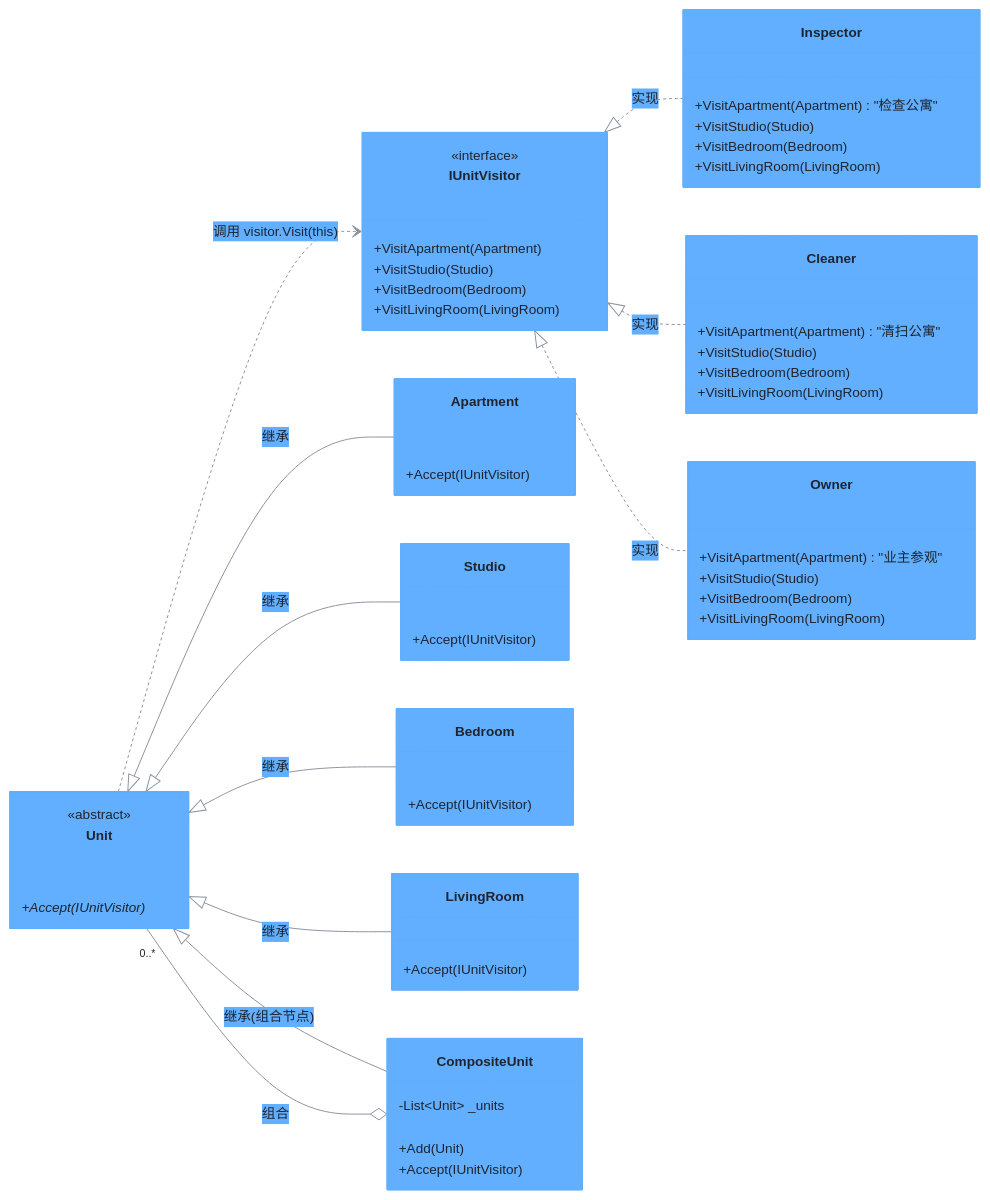
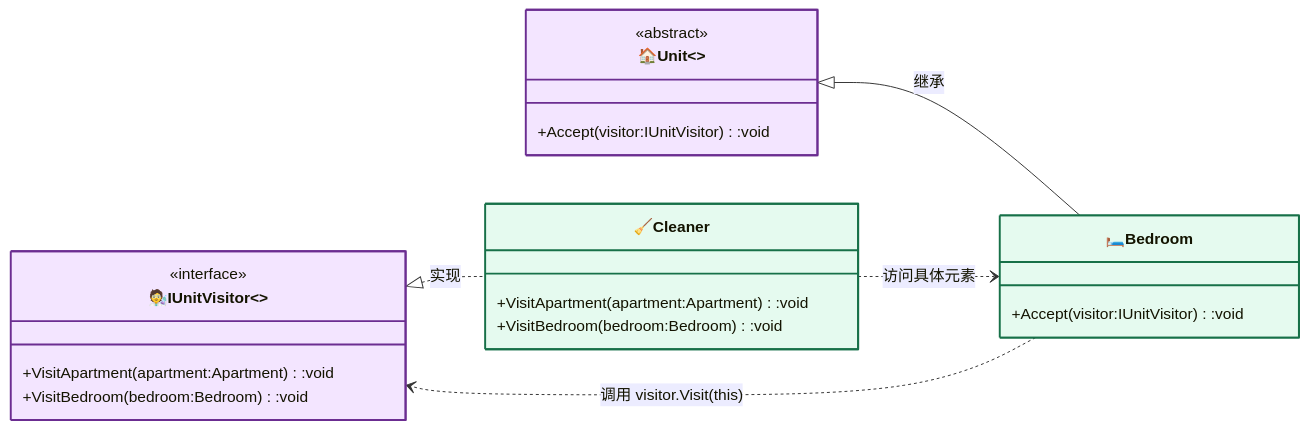
Before and after one commit to hollson/design_patterns: the diagram in VisitorPattern/README.md, drawn with Mermaid. The commit also changed other lines of this file and 19 other files, not shown here.

Commit message:
docs: refactor mermaid diagrams to basic GoF model style for all 20 design patterns

````diff
--- a/VisitorPattern/README.md
+++ b/VisitorPattern/README.md
@@ -21,62 +32,31 @@
 ```mermaid
-%%{init: {"theme": "base", "themeVariables": {"primaryColor": "#61affe", "primaryTextColor": "#1f2430", "primaryBorderColor": "#61affe", "lineColor": "#8a919e", "secondaryColor": "#eaf2fb", "tertiaryColor": "#f5f7fa", "noteBkgColor": "#fff3d6", "noteTextColor": "#1f2430", "fontSize": "14px"}}}%%
+%%{init: {"classDiagram": {"useMarkdownLabels": true}} }%%
 classDiagram
     direction LR
-    class IUnitVisitor {
+
+    class Visitor["🧑‍🔬IUnitVisitor<<interface>>"]:::strategyCls{
         <<interface>>
-        +VisitApartment(Apartment)
-        +VisitStudio(Studio)
-        +VisitBedroom(Bedroom)
-        +VisitLivingRoom(LivingRoom)
+        +VisitApartment(apartment:Apartment):void
+        +VisitBedroom(bedroom:Bedroom):void
     }
-    class Unit {
+    class ConcreteVisitor["🧹Cleaner"]:::concreteCls{
+        +VisitApartment(apartment:Apartment):void
+        +VisitBedroom(bedroom:Bedroom):void
+    }
+    class Element["🏠Unit<<abstract>>"]:::strategyCls{
         <<abstract>>
-        +Accept(IUnitVisitor)*
+        +Accept(visitor:IUnitVisitor):void
     }
-    class Apartment {
-        +Accept(IUnitVisitor)
-    }
-    class Studio {
-        +Accept(IUnitVisitor)
-    }
-    class Bedroom {
-        +Accept(IUnitVisitor)
-    }
-    class LivingRoom {
-        +Accept(IUnitVisitor)
-    }
-    class CompositeUnit {
-        -List~Unit~ _units
-        +Add(Unit)
-        +Accept(IUnitVisitor)
-    }
-    class Inspector {
-        +VisitApartment(Apartment) "检查公寓"
-        +VisitStudio(Studio)
-        +VisitBedroom(Bedroom)
-        +VisitLivingRoom(LivingRoom)
-    }
-    class Cleaner {
-        +VisitApartment(Apartment) "清扫公寓"
-        +VisitStudio(Studio)
-        +VisitBedroom(Bedroom)
-        +VisitLivingRoom(LivingRoom)
-    }
-    class Owner {
-        +VisitApartment(Apartment) "业主参观"
-        +VisitStudio(Studio)
-        +VisitBedroom(Bedroom)
-        +VisitLivingRoom(LivingRoom)
+    class ConcreteElement["🛏️Bedroom"]:::concreteCls{
+        +Accept(visitor:IUnitVisitor):void
     }
 
-    IUnitVisitor <|.. Inspector : 实现
-    IUnitVisitor <|.. Cleaner : 实现
-    IUnitVisitor <|.. Owner : 实现
-    Unit <|-- Apartment : 继承
-    Unit <|-- Studio : 继承
-    Unit <|-- Bedroom : 继承
-    Unit <|-- LivingRoom : 继承
-    Unit <|-- CompositeUnit : 继承(组合节点)
-    CompositeUnit o-- "0..*" Unit : 组合
-    Unit ..> IUnitVisitor : 调用 visitor.Visit(this)
+    Visitor <|.. ConcreteVisitor : 实现
+    Element <|-- ConcreteElement : 继承
+    ConcreteElement ..> Visitor : 调用 visitor.Visit(this)
+    ConcreteVisitor ..> ConcreteElement : 访问具体元素
+
+    classDef contextCls fill:#fff3cd,stroke:#856404,stroke-width:2px
+    classDef strategyCls fill:#f3e5ff,stroke:#6b2d91,stroke-width:2px
+    classDef concreteCls fill:#e5faef,stroke:#177048,stroke-width:2px
 ```
````
